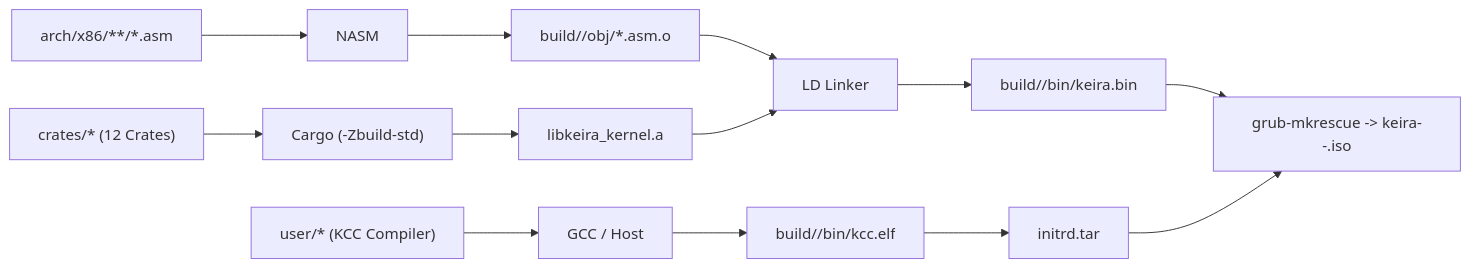
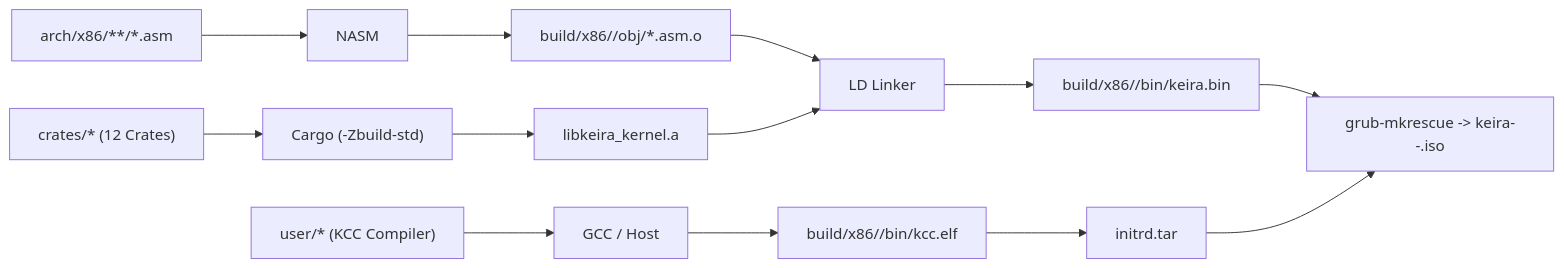
The diagram in docs/contributing/guides/build.md (mrvlous/keira), drawn with Mermaid before and after one commit. The commit also changed 2 other files, not shown here.

Commit message:
build(make): isolate build directory hierarchy under build/x86 subtrees

````diff
--- a/docs/contributing/guides/build.md
+++ b/docs/contributing/guides/build.md
@@ -11,11 +11,11 @@
 ```mermaid
 graph LR
-    ASM["arch/x86/**/*.asm"] --> NASM["NASM"] --> Obj["build/<arch>/obj/*.asm.o"]
+    ASM["arch/x86/**/*.asm"] --> NASM["NASM"] --> Obj["build/x86/<arch>/obj/*.asm.o"]
     Rust["crates/* (12 Crates)"] --> Cargo["Cargo (-Zbuild-std)"] --> Lib["libkeira_kernel.a"]
     Obj --> LD["LD Linker"]
     Lib --> LD
-    CUser["user/* (KCC Compiler)"] --> GCC["GCC / Host"] --> KCCObj["build/<arch>/bin/kcc.elf"]
-    LD --> Bin["build/<arch>/bin/keira.bin"]
+    CUser["user/* (KCC Compiler)"] --> GCC["GCC / Host"] --> KCCObj["build/x86/<arch>/bin/kcc.elf"]
+    LD --> Bin["build/x86/<arch>/bin/keira.bin"]
     Bin --> ISO["grub-mkrescue -> keira-<arch>-<date>.iso"]
     KCCObj --> Initrd["initrd.tar"] --> ISO
 ```
````
